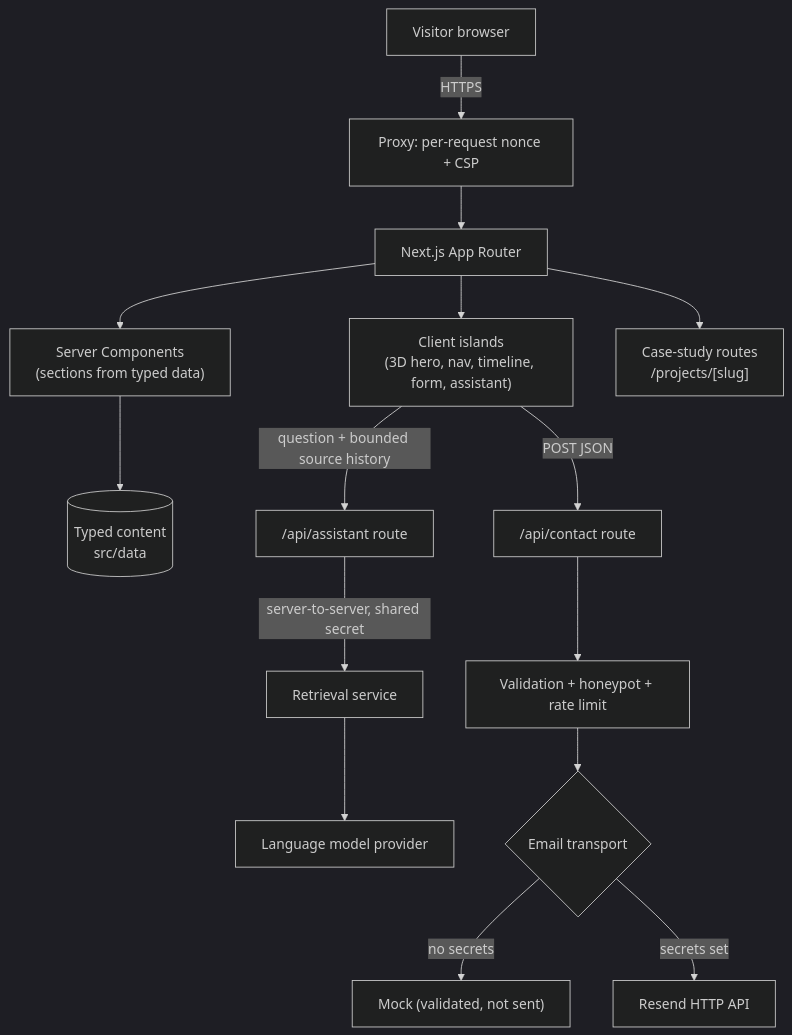
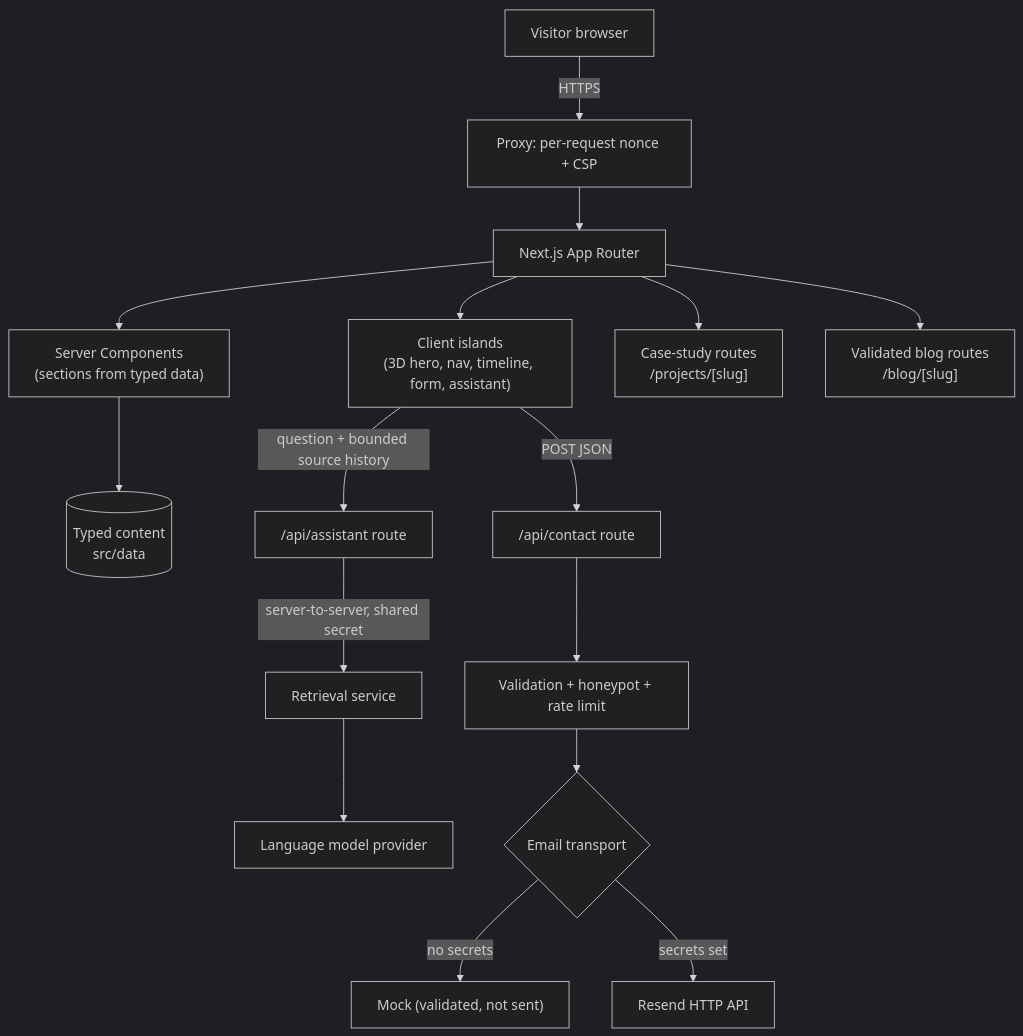
Before and after one commit to omarjosephf/ojflorendo-portfolio: the diagram in README.md, drawn with Mermaid (dark theme). The commit also changed other lines of this file and 24 other files, not shown here.

````diff
--- a/README.md
+++ b/README.md
@@ -105,17 +109,18 @@
 ```mermaid
 flowchart TD
   V["Visitor browser"] -->|HTTPS| P["Proxy: per-request nonce + CSP"]
   P --> A["Next.js App Router"]
   A --> RSC["Server Components<br/>(sections from typed data)"]
   A --> CC["Client islands<br/>(3D hero, nav, timeline, form, assistant)"]
   RSC --> D[("Typed content<br/>src/data")]
   A --> CS["Case-study routes<br/>/projects/[slug]"]
+  A --> BLOG["Validated blog routes<br/>/blog/[slug]"]
   CC -->|"POST JSON"| API["/api/contact route"]
   CC -->|"question + bounded source history"| AA["/api/assistant route"]
   AA -->|"server-to-server, shared secret"| RS["Retrieval service"]
   RS --> MP["Language model provider"]
   API --> VAL["Validation + honeypot + rate limit"]
   VAL --> T{"Email transport"}
   T -->|"no secrets"| MOCK["Mock (validated, not sent)"]
   T -->|"secrets set"| RESEND["Resend HTTP API"]
 ```
````
